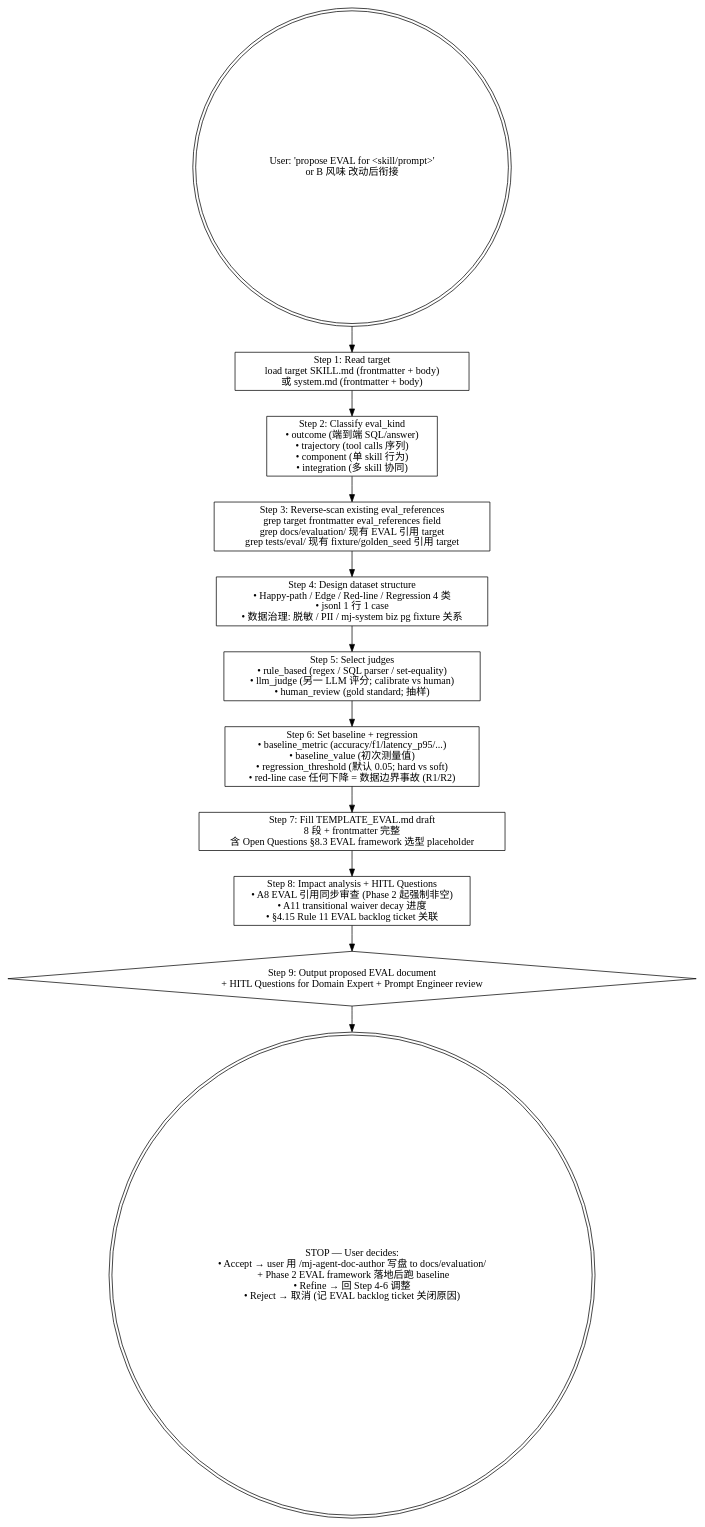
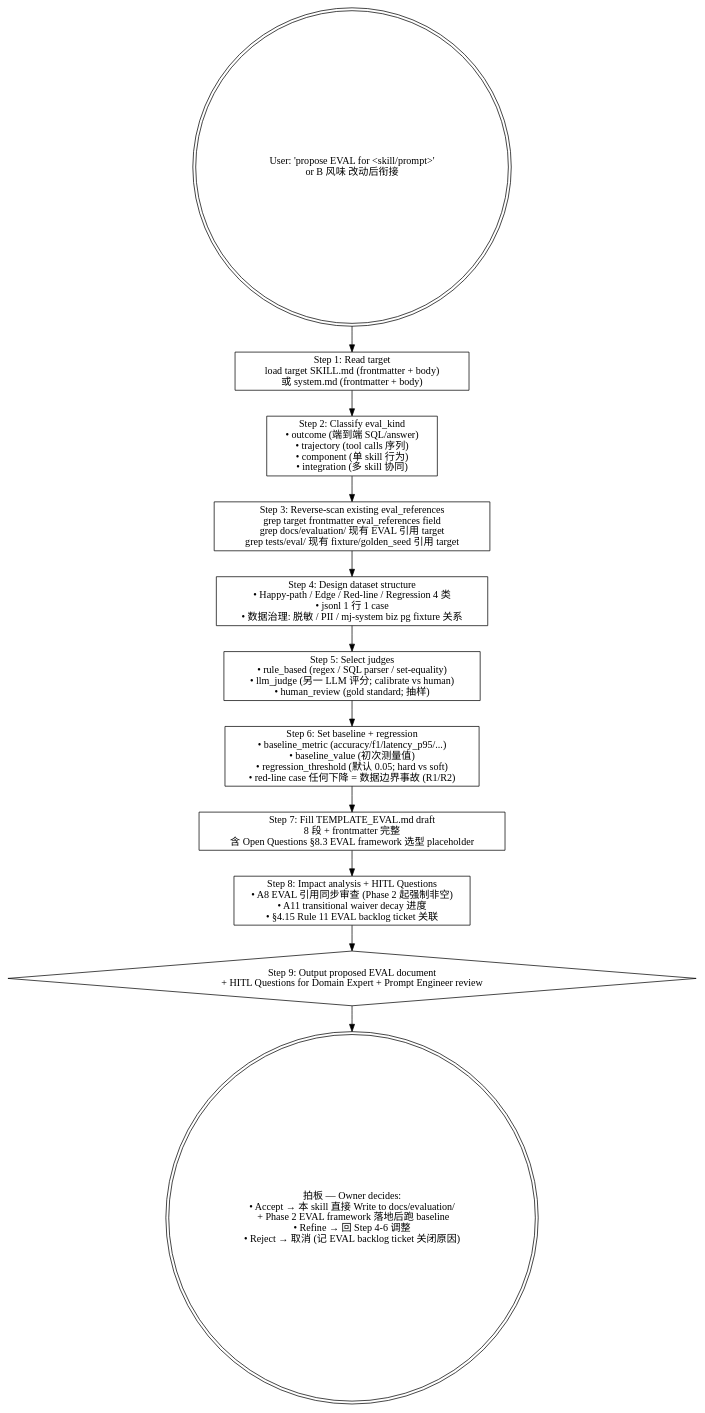
The diagram in .claude/skills/mj-agent-runtime-eval-baseline/SKILL.md (MJ-AgentLab/mj-agent), drawn with Graphviz before and after one commit. The commit also changed other lines of this file and 20 other files, not shown here.

````diff
--- a/.claude/skills/mj-agent-runtime-eval-baseline/SKILL.md
+++ b/.claude/skills/mj-agent-runtime-eval-baseline/SKILL.md
@@ -50,28 +50,28 @@
 ```dot
 digraph eval_baseline {
   rankdir=TB;
   start [label="User: 'propose EVAL for <skill/prompt>'\nor B 风味 改动后衔接" shape=doublecircle];
 
   s1 [label="Step 1: Read target\nload target SKILL.md (frontmatter + body)\n或 system.md (frontmatter + body)" shape=box];
 
   s2 [label="Step 2: Classify eval_kind\n• outcome (端到端 SQL/answer)\n• trajectory (tool calls 序列)\n• component (单 skill 行为)\n• integration (多 skill 协同)" shape=box];
 
   s3 [label="Step 3: Reverse-scan existing eval_references\ngrep target frontmatter eval_references field\ngrep docs/evaluation/ 现有 EVAL 引用 target\ngrep tests/eval/ 现有 fixture/golden_seed 引用 target" shape=box];
 
   s4 [label="Step 4: Design dataset structure\n• Happy-path / Edge / Red-line / Regression 4 类\n• jsonl 1 行 1 case\n• 数据治理: 脱敏 / PII / mj-system biz pg fixture 关系" shape=box];
 
   s5 [label="Step 5: Select judges\n• rule_based (regex / SQL parser / set-equality)\n• llm_judge (另一 LLM 评分; calibrate vs human)\n• human_review (gold standard; 抽样)" shape=box];
 
   s6 [label="Step 6: Set baseline + regression\n• baseline_metric (accuracy/f1/latency_p95/...)\n• baseline_value (初次测量值)\n• regression_threshold (默认 0.05; hard vs soft)\n• red-line case 任何下降 = 数据边界事故 (R1/R2)" shape=box];
 
   s7 [label="Step 7: Fill TEMPLATE_EVAL.md draft\n8 段 + frontmatter 完整\n含 Open Questions §8.3 EVAL framework 选型 placeholder" shape=box];
 
   s8 [label="Step 8: Impact analysis + HITL Questions\n• A8 EVAL 引用同步审查 (Phase 2 起强制非空)\n• A11 transitional waiver decay 进度\n• §4.15 Rule 11 EVAL backlog ticket 关联" shape=box];
 
   s9 [label="Step 9: Output proposed EVAL document\n+ HITL Questions for Domain Expert + Prompt Engineer review" shape=diamond];
 
-  hitl [label="STOP — User decides:\n• Accept → user 用 /mj-agent-doc-author 写盘 to docs/evaluation/\n  + Phase 2 EVAL framework 落地后跑 baseline\n• Refine → 回 Step 4-6 调整\n• Reject → 取消 (记 EVAL backlog ticket 关闭原因)" shape=doublecircle];
+  hitl [label="拍板 — Owner decides:\n• Accept → 本 skill 直接 Write to docs/evaluation/\n  + Phase 2 EVAL framework 落地后跑 baseline\n• Refine → 回 Step 4-6 调整\n• Reject → 取消 (记 EVAL backlog ticket 关闭原因)" shape=doublecircle];
 
   start -> s1 -> s2 -> s3 -> s4 -> s5 -> s6 -> s7 -> s8 -> s9 -> hitl;
 }
 ```
````
